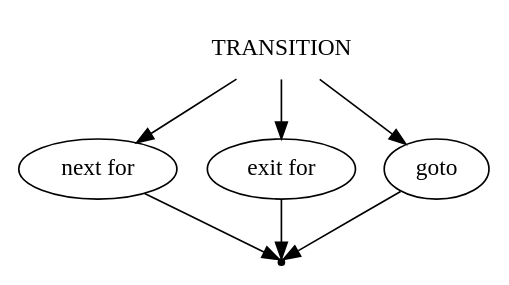
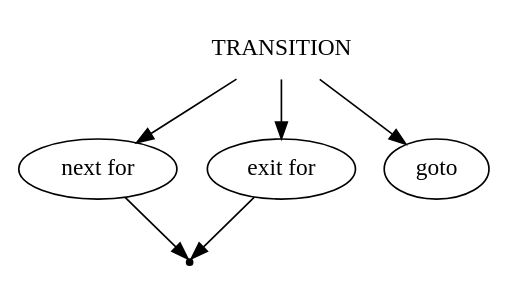
Before and after one commit to IMZolin/PSAD: the diagram in src/PSADParser/grammar/transition.gv, drawn with Graphviz. The commit also changed 2 other files, not shown here.

```diff
--- a/src/PSADParser/grammar/transition.gv
+++ b/src/PSADParser/grammar/transition.gv
@@ -1,14 +1,12 @@
 digraph TRANSITION {
     start [label=TRANSITION shape=plaintext]
     next_for [label="next for" shape=oval]
     exit_for [label="exit for" shape=oval]
-    goto [label="goto" shape=oval]
     end [label="" shape=point]
 
     start -> next_for
     start -> exit_for
     start -> goto
     next_for -> end
     exit_for -> end
-    goto -> end
 }
```
